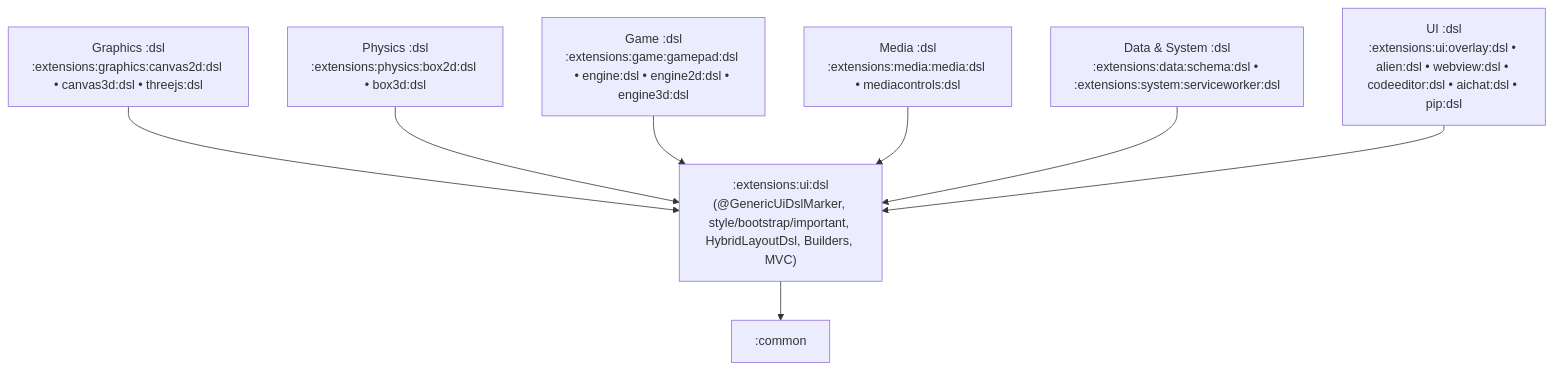
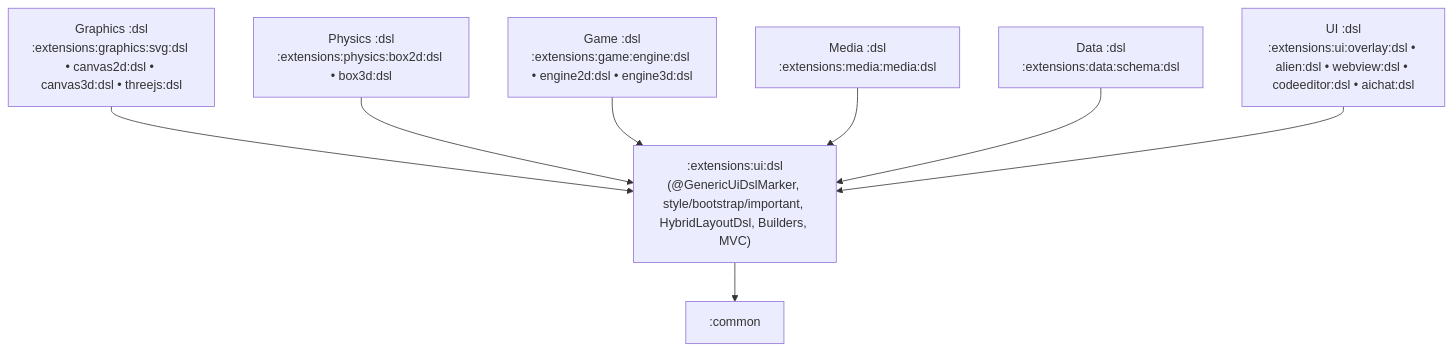
Before and after one commit to GenericUI/Extensions: the diagram in docs/dsl.md, drawn with Mermaid. The commit also changed other lines of this file and 481 other files, not shown here.

Commit message:
Add SVG, IPC, and Alien companion extensions; overhaul WebView desktop IPC, favicon extraction, rendering, and update Schema/ServiceWorker/Media/PiP/docs

````diff
--- a/docs/dsl.md
+++ b/docs/dsl.md
@@ -68,20 +68,20 @@
 ```mermaid
 flowchart TD
     BaseDsl[":extensions:ui:dsl<br/>(@GenericUiDslMarker, style/bootstrap/important, HybridLayoutDsl, Builders, MVC)"]
     Common[":common"]
 
-    GraphicsDsl["Graphics :dsl<br/>:extensions:graphics:canvas2d:dsl • canvas3d:dsl • threejs:dsl"]
+    GraphicsDsl["Graphics :dsl<br/>:extensions:graphics:svg:dsl • canvas2d:dsl • canvas3d:dsl • threejs:dsl"]
     PhysicsDsl["Physics :dsl<br/>:extensions:physics:box2d:dsl • box3d:dsl"]
-    GameDsl["Game :dsl<br/>:extensions:game:gamepad:dsl • engine:dsl • engine2d:dsl • engine3d:dsl"]
-    MediaDsl["Media :dsl<br/>:extensions:media:media:dsl • mediacontrols:dsl"]
-    DataSystemDsl["Data & System :dsl<br/>:extensions:data:schema:dsl • :extensions:system:serviceworker:dsl"]
-    UiDsl["UI :dsl<br/>:extensions:ui:overlay:dsl • alien:dsl • webview:dsl • codeeditor:dsl • aichat:dsl • pip:dsl"]
+    GameDsl["Game :dsl<br/>:extensions:game:engine:dsl • engine2d:dsl • engine3d:dsl"]
+    MediaDsl["Media :dsl<br/>:extensions:media:media:dsl"]
+    DataDsl["Data :dsl<br/>:extensions:data:schema:dsl"]
+    UiDsl["UI :dsl<br/>:extensions:ui:overlay:dsl • alien:dsl • webview:dsl • codeeditor:dsl • aichat:dsl"]
 
     BaseDsl --> Common
     GraphicsDsl --> BaseDsl
     PhysicsDsl --> BaseDsl
     GameDsl --> BaseDsl
     MediaDsl --> BaseDsl
-    DataSystemDsl --> BaseDsl
+    DataDsl --> BaseDsl
     UiDsl --> BaseDsl
 ```
````
